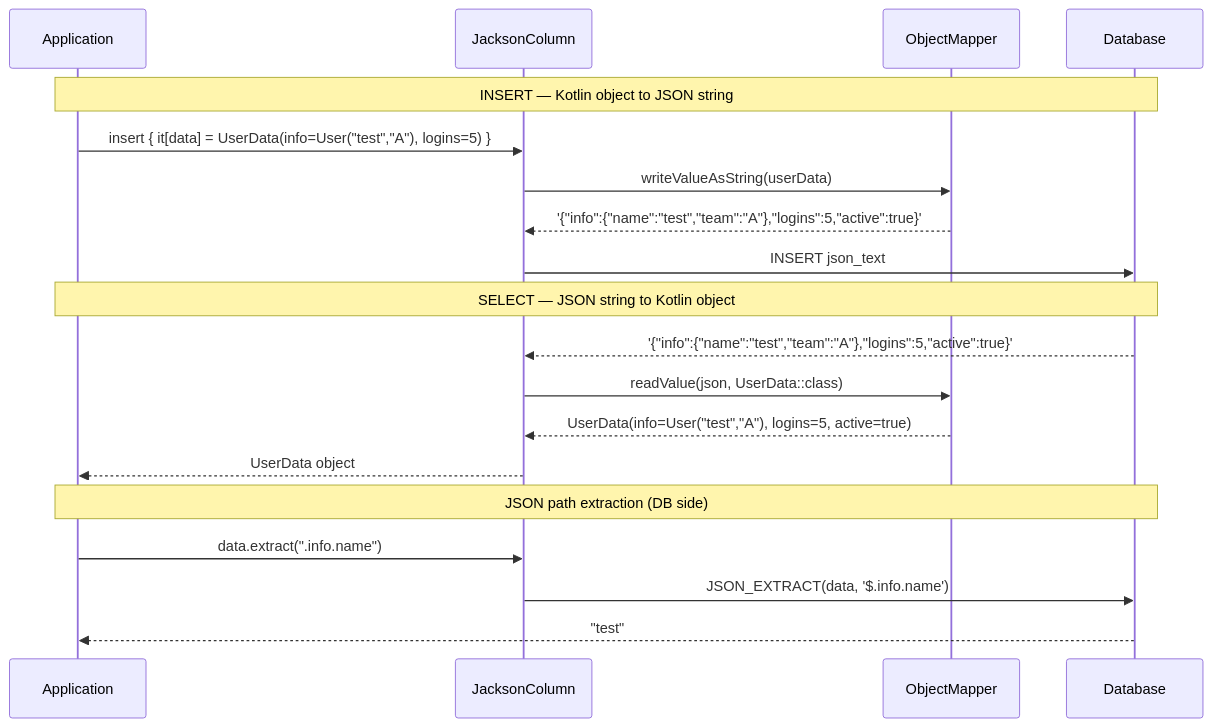
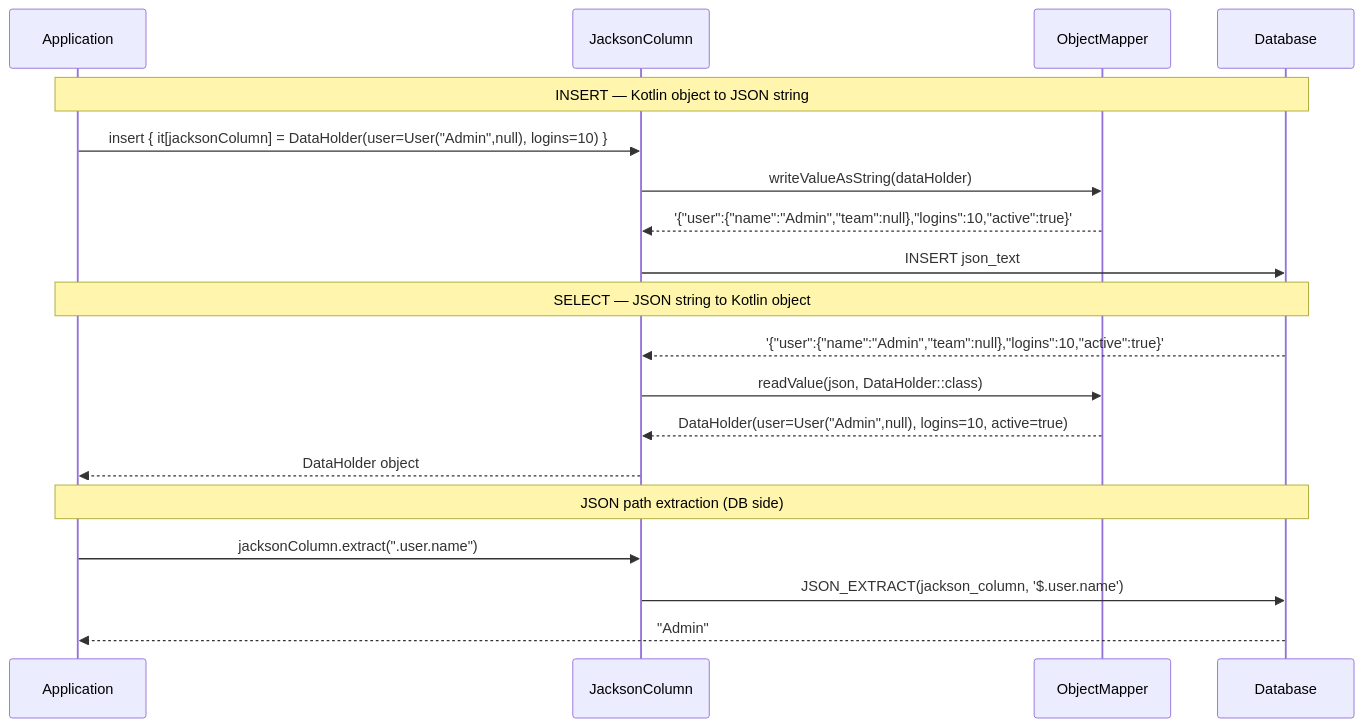
Before and after one commit to bluetape4k/exposed-r2dbc-workshop: the second of 3 diagrams in 06-advanced/08-exposed-r2dbc-jackson/README.md, drawn with Mermaid. The commit also changed other lines of this file and 19 other files, not shown here.

````diff
--- a/06-advanced/08-exposed-r2dbc-jackson/README.md
+++ b/06-advanced/08-exposed-r2dbc-jackson/README.md
@@ -104,24 +104,24 @@
 ```mermaid
 sequenceDiagram
     participant App as Application
     participant Col as JacksonColumn
     participant OM as ObjectMapper
     participant DB as Database
 
     Note over App,DB: INSERT — Kotlin object to JSON string
-    App ->> Col: insert { it[data] = UserData(info=User("test","A"), logins=5) }
-    Col ->> OM: writeValueAsString(userData)
-    OM -->> Col: '{"info":{"name":"test","team":"A"},"logins":5,"active":true}'
+    App ->> Col: insert { it[jacksonColumn] = DataHolder(user=User("Admin",null), logins=10) }
+    Col ->> OM: writeValueAsString(dataHolder)
+    OM -->> Col: '{"user":{"name":"Admin","team":null},"logins":10,"active":true}'
     Col ->> DB: INSERT json_text
 
     Note over App,DB: SELECT — JSON string to Kotlin object
-    DB -->> Col: '{"info":{"name":"test","team":"A"},"logins":5,"active":true}'
-    Col ->> OM: readValue(json, UserData::class)
-    OM -->> Col: UserData(info=User("test","A"), logins=5, active=true)
-    Col -->> App: UserData object
+    DB -->> Col: '{"user":{"name":"Admin","team":null},"logins":10,"active":true}'
+    Col ->> OM: readValue(json, DataHolder::class)
+    OM -->> Col: DataHolder(user=User("Admin",null), logins=10, active=true)
+    Col -->> App: DataHolder object
 
     Note over App,DB: JSON path extraction (DB side)
-    App ->> Col: data.extract(".info.name")
-    Col ->> DB: JSON_EXTRACT(data, '$.info.name')
-    DB -->> App: "test"
+    App ->> Col: jacksonColumn.extract(".user.name")
+    Col ->> DB: JSON_EXTRACT(jackson_column, '$.user.name')
+    DB -->> App: "Admin"
 ```
````
